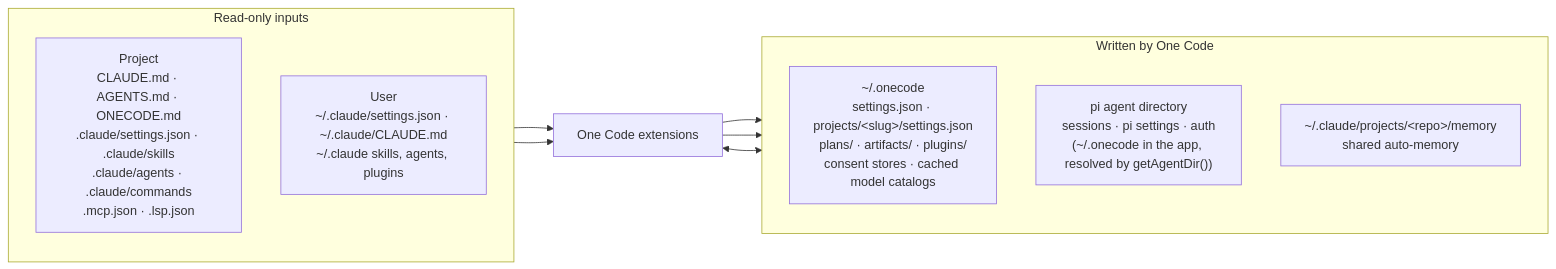
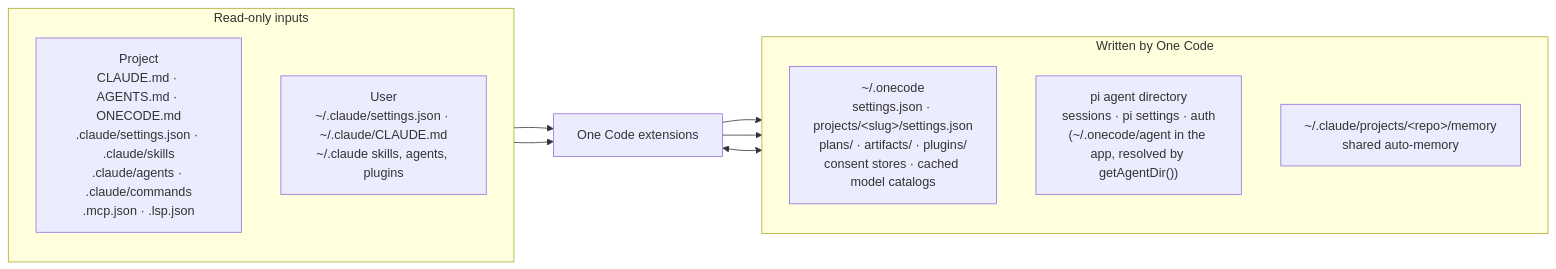
One commit to IsuruMaduranga/one-code changed the seventh of 7 diagrams in docs/dev/architecture.md. Above: the diagram before and after it, drawn with Mermaid. The commit also changed 3 other files, not shown here.

First line of the commit message:
Name the app's pi agent directory and put the checkout's pi on PATH

````diff
--- a/docs/dev/architecture.md
+++ b/docs/dev/architecture.md
@@ -356,21 +356,21 @@
 ```mermaid
 flowchart LR
     subgraph read["Read-only inputs"]
         direction TB
         proj["Project<br/>CLAUDE.md · AGENTS.md · ONECODE.md<br/>.claude/settings.json · .claude/skills<br/>.claude/agents · .claude/commands<br/>.mcp.json · .lsp.json"]
         userCfg["User<br/>~/.claude/settings.json · ~/.claude/CLAUDE.md<br/>~/.claude skills, agents, plugins"]
     end
 
     subgraph write["Written by One Code"]
         direction TB
         oc["~/.onecode<br/>settings.json · projects/&lt;slug&gt;/settings.json<br/>plans/ · artifacts/ · plugins/<br/>consent stores · cached model catalogs"]
-        piState["pi agent directory<br/>sessions · pi settings · auth<br/>(~/.onecode in the app, resolved by getAgentDir())"]
+        piState["pi agent directory<br/>sessions · pi settings · auth<br/>(~/.onecode/agent in the app, resolved by getAgentDir())"]
         memDir["~/.claude/projects/&lt;repo&gt;/memory<br/>shared auto-memory"]
     end
 
     proj --> exts["One Code extensions"]
     userCfg --> exts
     exts --> oc
     exts --> piState
     exts <--> memDir
 ```
````
